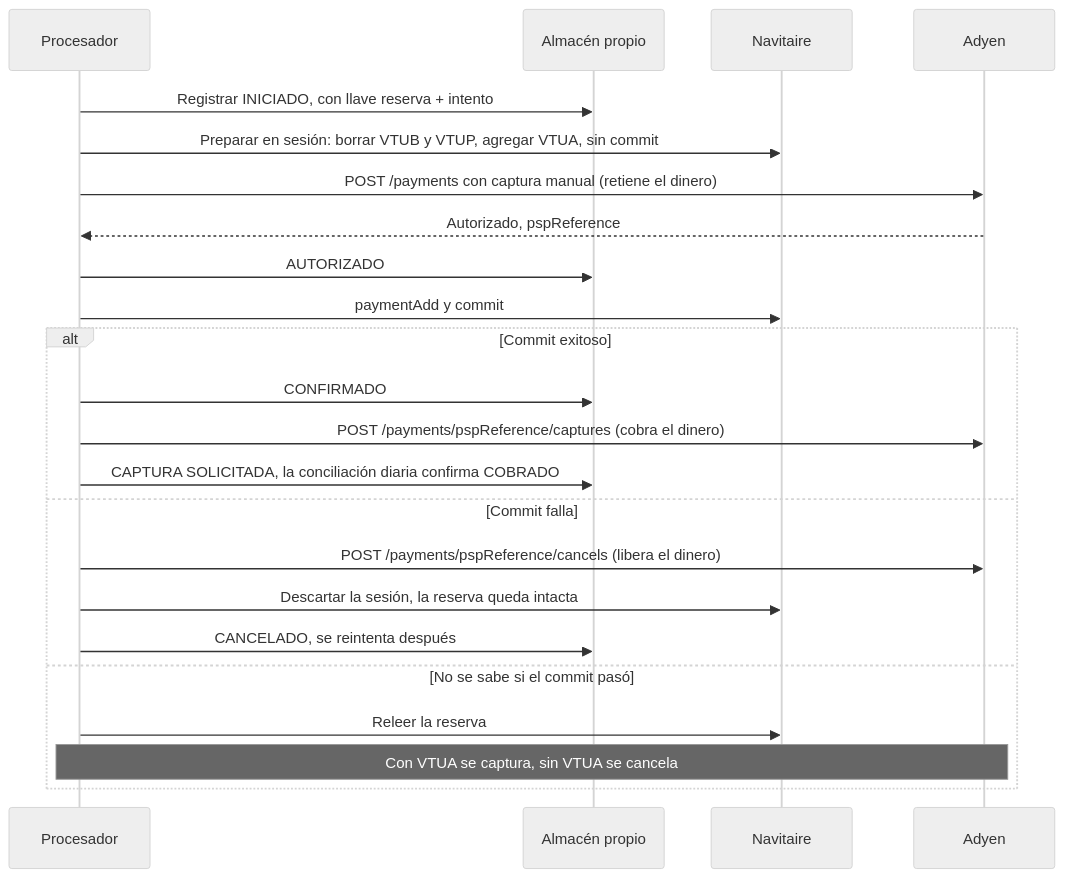
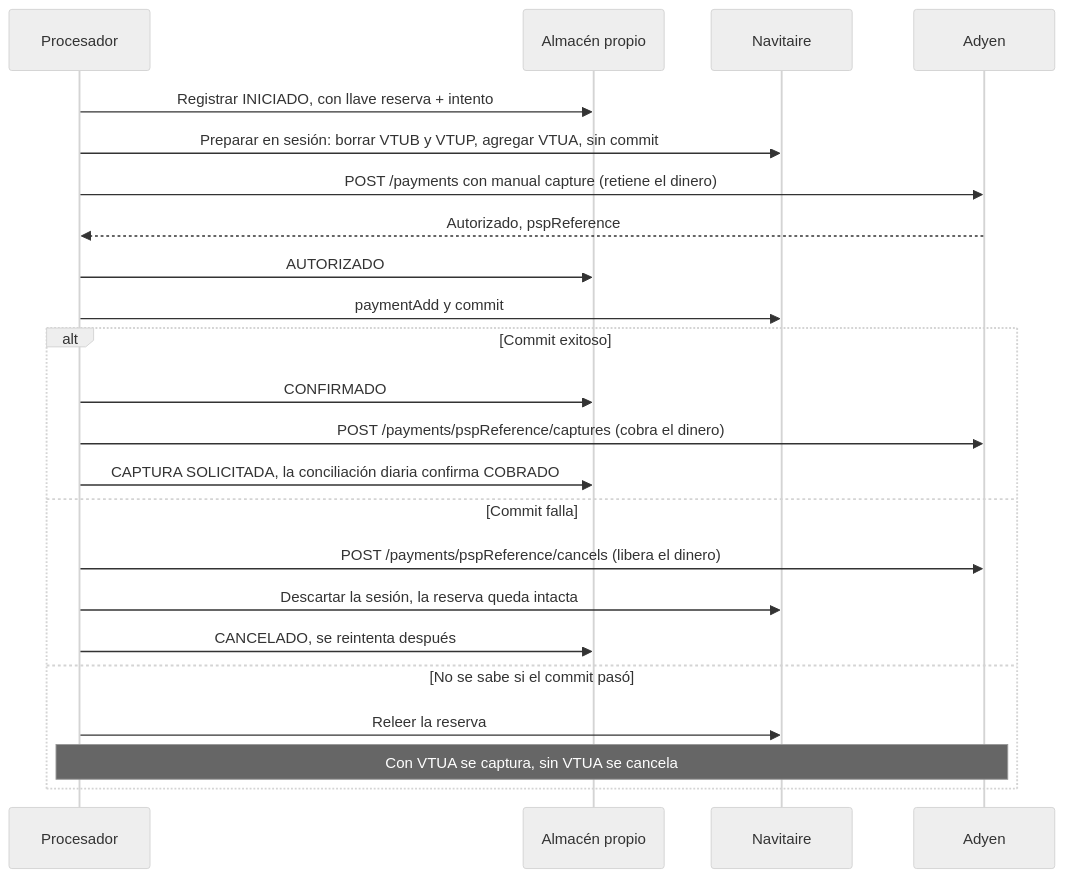
One commit to didierfrancogomez/propuestas changed the fifth of 8 diagrams in viva/propuestas/scheduled-payment/analisis.md. Above: the diagram before and after it, drawn with Mermaid (neutral theme). The commit also changed other lines of this file and 8 other files, not shown here.

Commit message:
pago programado: términos técnicos en inglés, event-driven architecture y tiempo y costo en equipo de trabajo

````diff
--- a/viva/propuestas/scheduled-payment/analisis.md
+++ b/viva/propuestas/scheduled-payment/analisis.md
@@ -209,25 +209,25 @@
 ```mermaid
 sequenceDiagram
   participant SC as Procesador
   participant ST as Almacén propio
   participant NV as Navitaire
   participant AD as Adyen
   SC->>ST: Registrar INICIADO, con llave reserva + intento
   SC->>NV: Preparar en sesión: borrar VTUB y VTUP, agregar VTUA, sin commit
-  SC->>AD: POST /payments con captura manual (retiene el dinero)
+  SC->>AD: POST /payments con manual capture (retiene el dinero)
   AD-->>SC: Autorizado, pspReference
   SC->>ST: AUTORIZADO
   SC->>NV: paymentAdd y commit
   alt Commit exitoso
     SC->>ST: CONFIRMADO
     SC->>AD: POST /payments/pspReference/captures (cobra el dinero)
     SC->>ST: CAPTURA SOLICITADA, la conciliación diaria confirma COBRADO
   else Commit falla
     SC->>AD: POST /payments/pspReference/cancels (libera el dinero)
     SC->>NV: Descartar la sesión, la reserva queda intacta
     SC->>ST: CANCELADO, se reintenta después
   else No se sabe si el commit pasó
     SC->>NV: Releer la reserva
     Note over SC,AD: Con VTUA se captura, sin VTUA se cancela
   end
 ```
````
